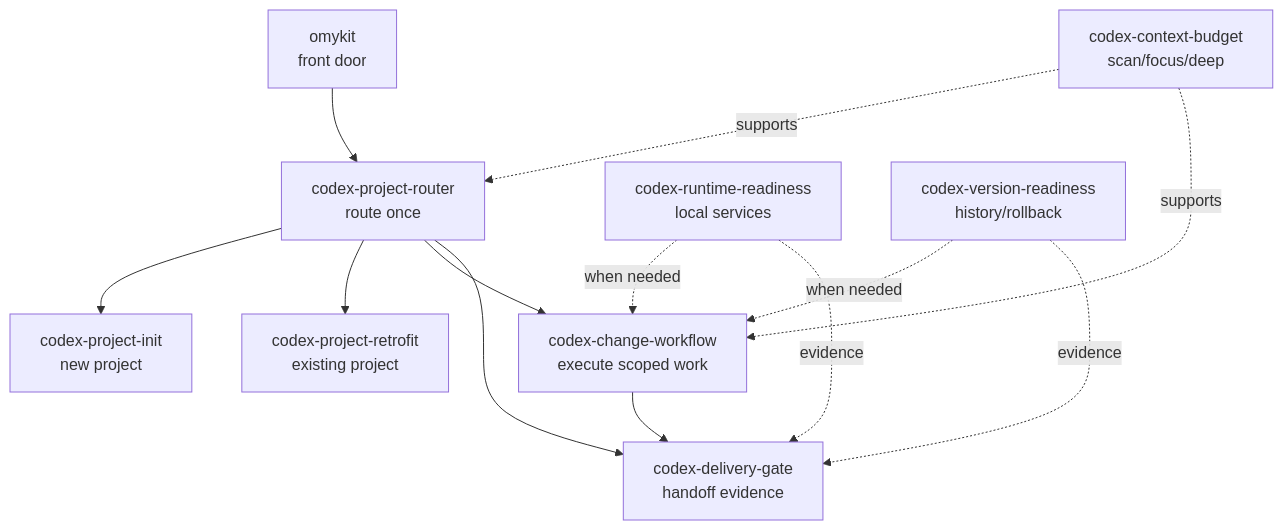
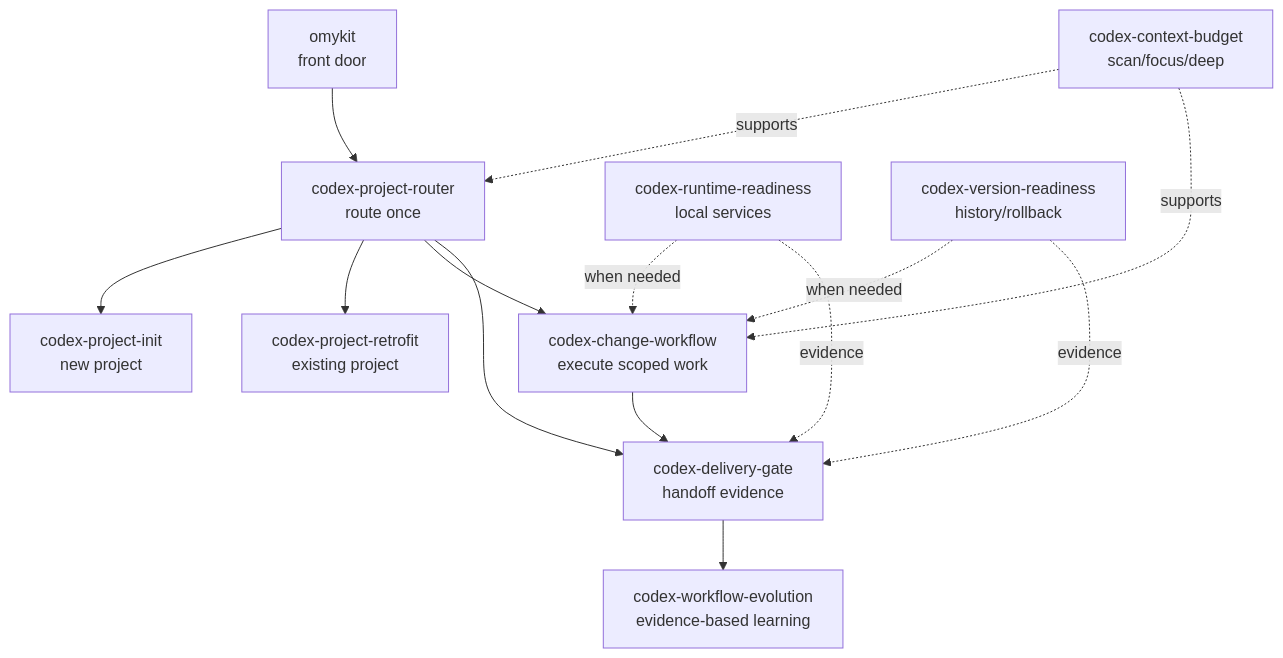
The diagram in docs/workflow/skill-coordination.md (GnosiST/omyKit), drawn with Mermaid before and after one commit. The commit also changed other lines of this file and 27 other files, not shown here.

Commit message:
Add evidence-based workflow evolution

````diff
--- a/docs/workflow/skill-coordination.md
+++ b/docs/workflow/skill-coordination.md
@@ -17,15 +17,16 @@
 ```mermaid
 flowchart TD
     O["omykit<br/>front door"] --> R["codex-project-router<br/>route once"]
     R --> I["codex-project-init<br/>new project"]
     R --> F["codex-project-retrofit<br/>existing project"]
     R --> C["codex-change-workflow<br/>execute scoped work"]
     R --> D["codex-delivery-gate<br/>handoff evidence"]
     B["codex-context-budget<br/>scan/focus/deep"] -. supports .-> R
     B -. supports .-> C
     U["codex-runtime-readiness<br/>local services"] -. when needed .-> C
     V["codex-version-readiness<br/>history/rollback"] -. when needed .-> C
     U -. evidence .-> D
     V -. evidence .-> D
     C --> D
+    D --> E["codex-workflow-evolution<br/>evidence-based learning"]
 ```
````
